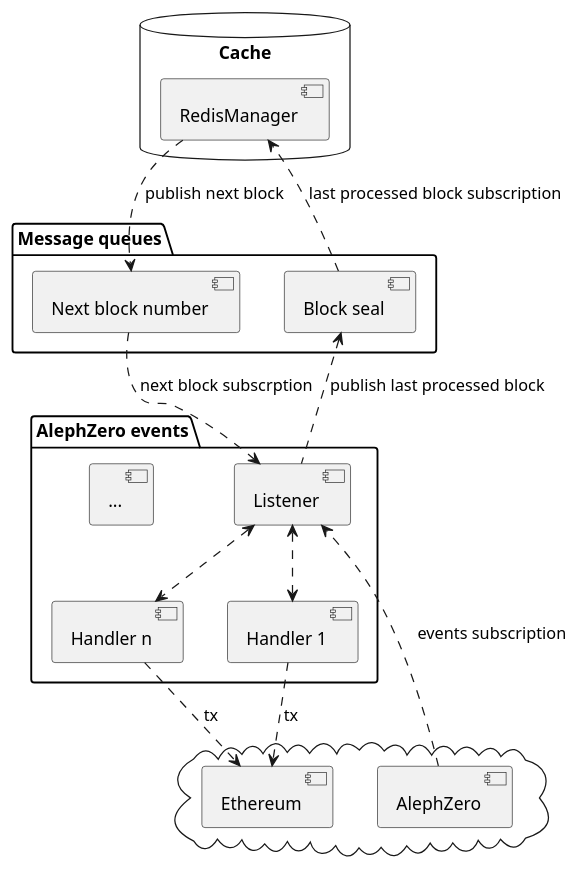
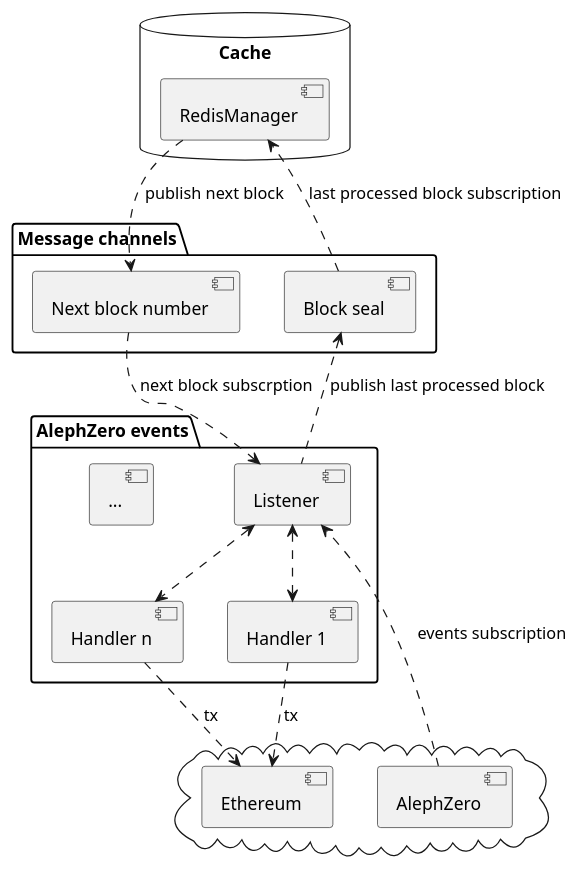
One commit to Cardinal-Cryptography/most changed the diagram in docs/relayer_hldd.org. Above: the diagram before and after it, drawn with PlantUML. The commit also changed other lines of this file, not shown here.

```diff
--- a/docs/relayer_hldd.org
+++ b/docs/relayer_hldd.org
@@ -22,34 +22,34 @@
 #+BEGIN_SRC plantuml :file azero_eth_components.png
 database "Cache" {
   [RedisManager] as redis
 }
 
 package "AlephZero events" {
   [Listener] as a0_listener
   [Handler 1] as a0_handler_1
-  [...] 
-  [Handler n] as a0_handler_n    
+  [...]
+  [Handler n] as a0_handler_n
 }
 
-package "Message queues" {
+package "Message channels" {
   [Next block number] as a0_block_num
   [Block seal] as a0_block_seal
 }
 
 cloud {
   [Ethereum] as eth
   [AlephZero] as a0
 }
 
 a0_listener <.up. a0  : events subscription
 a0_listener <.up. a0_block_num :  next block subscrption
 a0_listener .up.> a0_block_seal : publish last processed block
-redis .down.> a0_block_num : publish next block 
+redis .down.> a0_block_num : publish next block
 redis <.up. a0_block_seal : last processed block subscription
 
-a0_listener <.down.> a0_handler_1  
-a0_listener <.down.> a0_handler_n 
+a0_listener <.down.> a0_handler_1
+a0_listener <.down.> a0_handler_n
 
 a0_handler_1 .down.> eth : tx
 a0_handler_n .down.> eth : tx
 #+END_SRC
```
